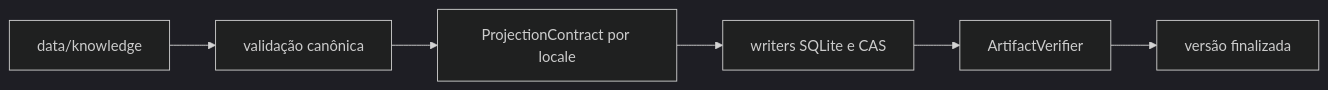
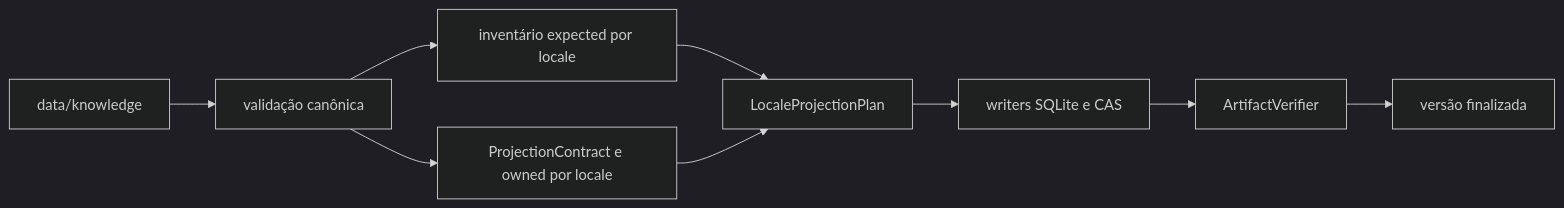
The first of 2 diagrams in tools/knowledge-builder/README.md (migmoroni/veterinary-clinic), drawn with Mermaid (dark theme) before and after one commit. The commit also changed other lines of this file and 65 other files, not shown here.

````diff
--- a/tools/knowledge-builder/README.md
+++ b/tools/knowledge-builder/README.md
@@ -14,11 +14,16 @@
 ```mermaid
 flowchart LR
     SOURCE[data/knowledge]
     VALIDATION[validação canônica]
-    CONTRACT[ProjectionContract por locale]
+    INVENTORY[inventário expected por locale]
+    CONTRACT[ProjectionContract e owned por locale]
+    PLAN[LocaleProjectionPlan]
     WRITERS[writers SQLite e CAS]
     VERIFY[ArtifactVerifier]
     VERSION[versão finalizada]
 
-    SOURCE --> VALIDATION --> CONTRACT --> WRITERS --> VERIFY --> VERSION
+    SOURCE --> VALIDATION
+    VALIDATION --> INVENTORY --> PLAN
+    VALIDATION --> CONTRACT --> PLAN
+    PLAN --> WRITERS --> VERIFY --> VERSION
 ```
````
